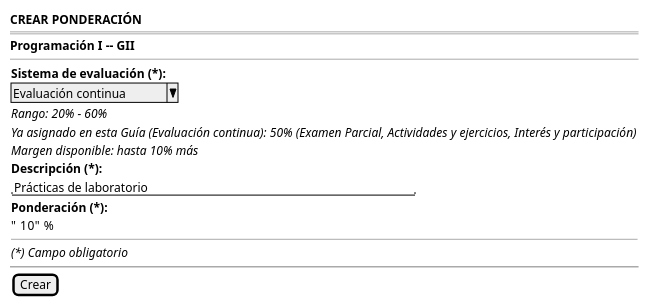
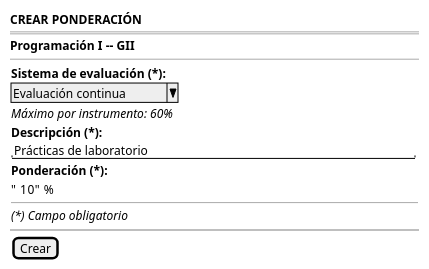
The first of 2 diagrams in RUP/01-requisitos/03-detalle-casos-uso/crearPonderacionEvaluacion/wireframes.puml (mmasias/pyCeldaPublico), drawn with PlantUML before and after one commit. The commit also changed other lines of this file and 14 other files, not shown here.

```diff
--- a/RUP/01-requisitos/03-detalle-casos-uso/crearPonderacionEvaluacion/wireframes.puml
+++ b/RUP/01-requisitos/03-detalle-casos-uso/crearPonderacionEvaluacion/wireframes.puml
@@ -1,23 +1,21 @@
 @startsalt crearPonderacionEvaluacion-wireframe-formulario
 {
     <b>CREAR PONDERACIÓN</b>
     ====
     <b>Programación I -- GII</b>
     --
     {
         <b>Sistema de evaluación (*):</b>
         ^Evaluación continua^
-        <i>Rango: 20% - 60%</i>
-        <i>Ya asignado en esta Guía (Evaluación continua): 50% (Examen Parcial, Actividades y ejercicios, Interés y participación)</i>
-        <i>Margen disponible: hasta 10% más</i>
+        <i>Máximo por instrumento: 60%</i>
         <b>Descripción (*):</b>
         "Prácticas de laboratorio                          "
         <b>Ponderación (*):</b>
         "  10" %
         --
         <i>(*) Campo obligatorio</i>
     }
     ~~
     {[Crear]}
 }
 @endsalt
```
